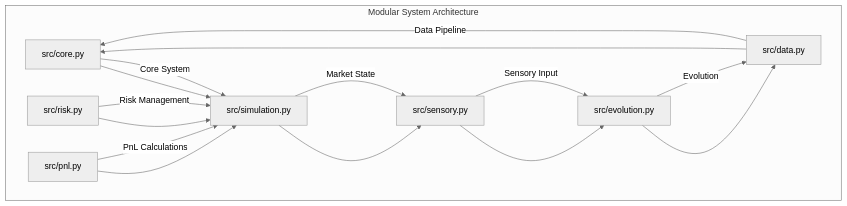
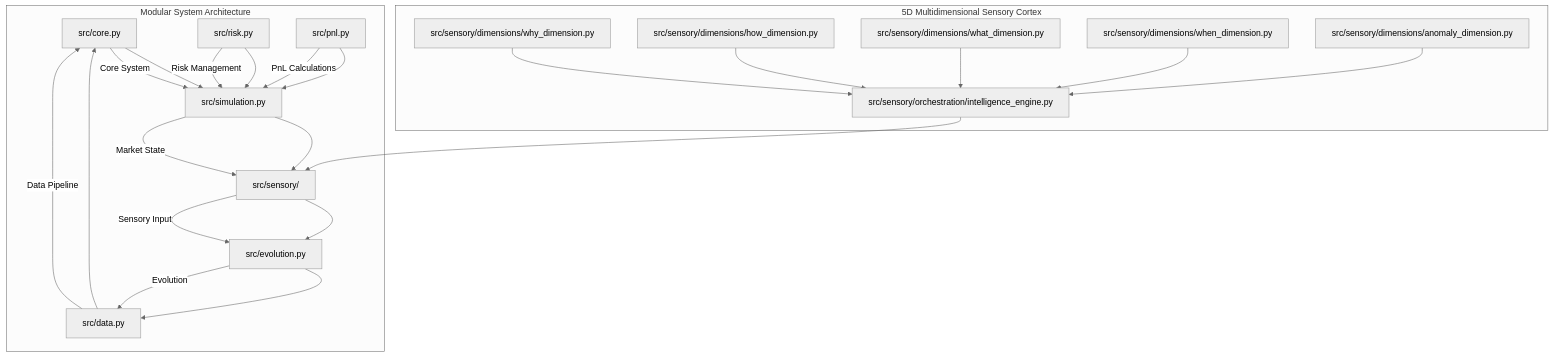
One commit to HWeber-tech/emp_proving_ground_v1 changed the diagram in README.md. Above: the diagram before and after it, drawn with Mermaid (neutral theme). The commit also changed other lines of this file, not shown here.

First line of the commit message:
docs: Update README to reflect 5D Multidimensional Sensory Cortex integration

````diff
--- a/README.md
+++ b/README.md
@@ -34,20 +34,29 @@
 ```mermaid
 graph TD
     subgraph "Modular System Architecture"
         A[src/core.py] --> B[src/simulation.py];
         C[src/risk.py] --> B;
         D[src/pnl.py] --> B;
-        B --> E[src/sensory.py];
+        B --> E[src/sensory/];
         E --> F[src/evolution.py];
         F --> G[src/data.py];
         G --> A;
+    end
+
+    subgraph "5D Multidimensional Sensory Cortex"
+        E1[src/sensory/dimensions/why_dimension.py] --> E0[src/sensory/orchestration/intelligence_engine.py];
+        E2[src/sensory/dimensions/how_dimension.py] --> E0;
+        E3[src/sensory/dimensions/what_dimension.py] --> E0;
+        E4[src/sensory/dimensions/when_dimension.py] --> E0;
+        E5[src/sensory/dimensions/anomaly_dimension.py] --> E0;
+        E0 --> E;
     end
 
     A -- Core System --> B;
     C -- Risk Management --> B;
     D -- PnL Calculations --> B;
     B -- Market State --> E;
     E -- Sensory Input --> F;
     F -- Evolution --> G;
     G -- Data Pipeline --> A;
 ```
````
